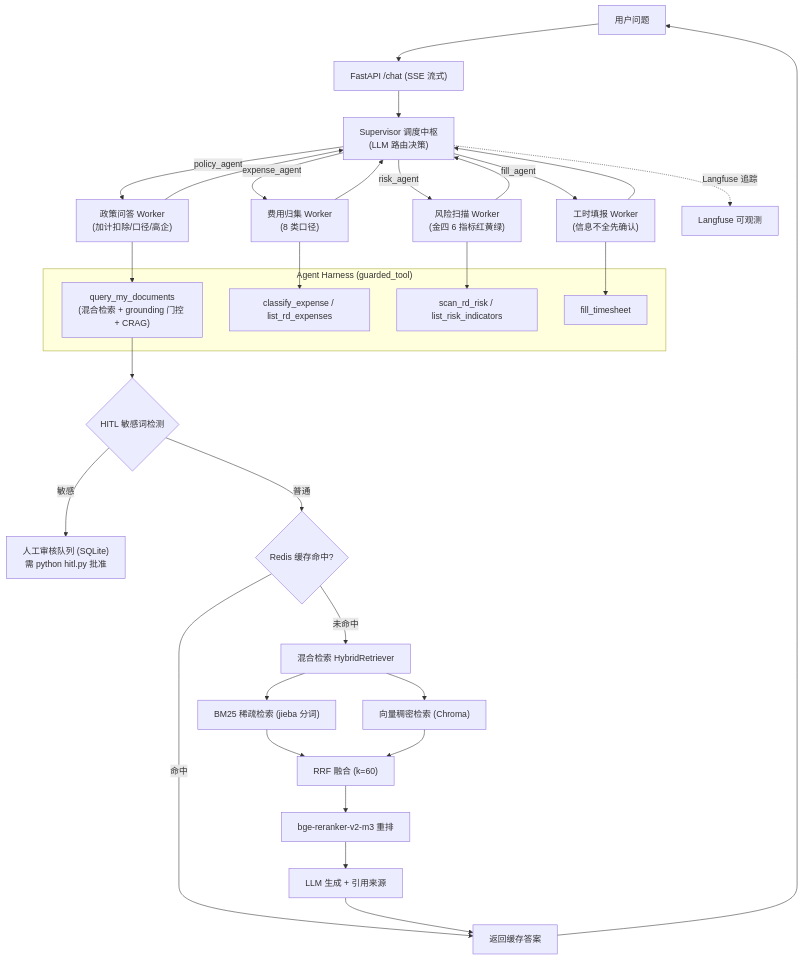
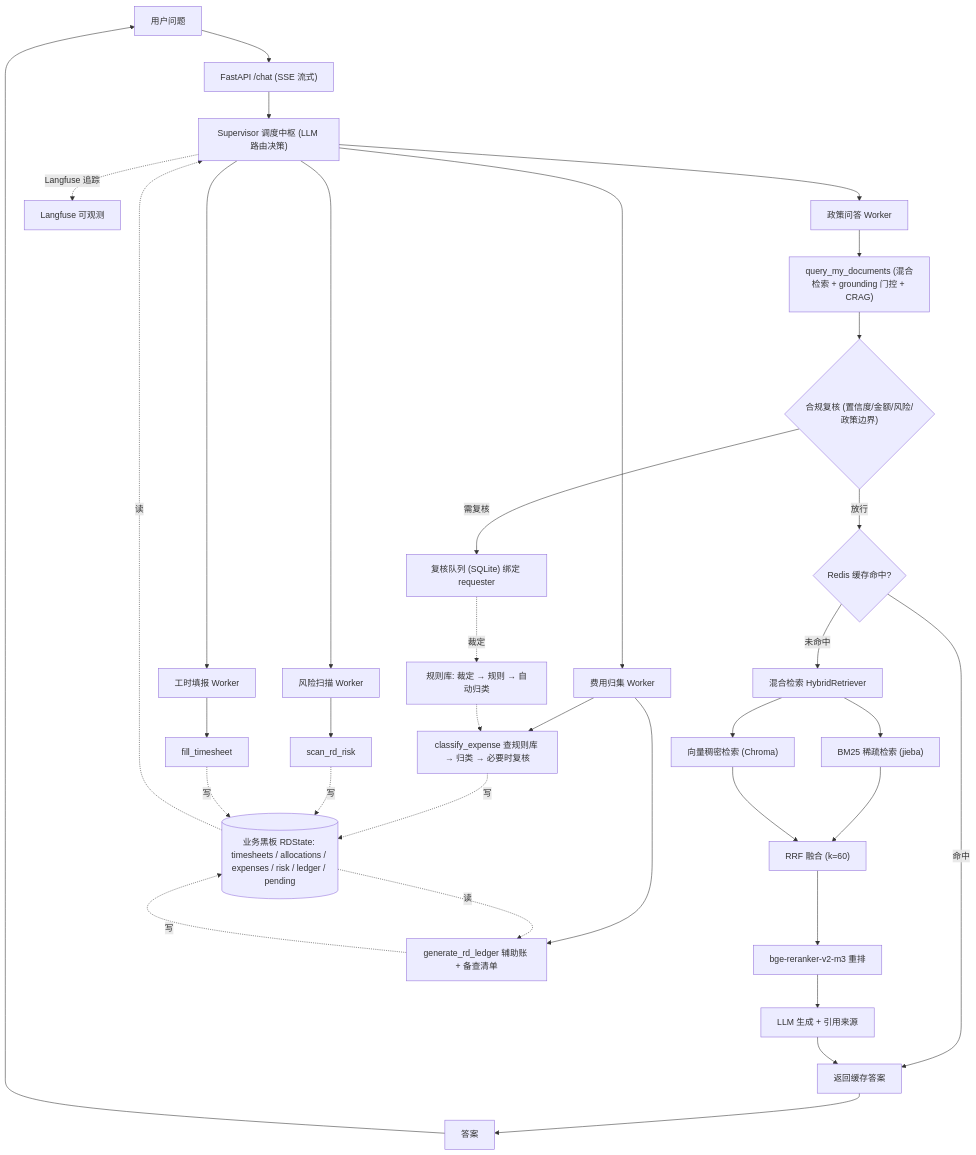
The diagram in README.md (yp1313113-gif/multi-agent-system), drawn with Mermaid before and after one commit. The commit also changed other lines of this file and 17 other files, not shown here.

First line of the commit message:
feat: 业务黑板打通多 Agent 数据链 + 合规复核 + 规则沉淀 + 辅助账交付

````diff
--- a/README.md
+++ b/README.md
@@ -64,44 +210,45 @@
 ```mermaid
 flowchart TD
     U["用户问题"] --> API["FastAPI /chat (SSE 流式)"]
-    API --> SUP["Supervisor 调度中枢<br/>(LLM 路由决策)"]
+    API --> SUP["Supervisor 调度中枢 (LLM 路由决策)"]
 
-    SUP -->|"policy_agent"| PA["政策问答 Worker<br/>(加计扣除/口径/高企)"]
-    SUP -->|"expense_agent"| EA["费用归集 Worker<br/>(8 类口径)"]
-    SUP -->|"risk_agent"| RA["风险扫描 Worker<br/>(金四 6 指标红黄绿)"]
-    SUP -->|"fill_agent"| FA["工时填报 Worker<br/>(信息不全先确认)"]
+    SUP --> PA["政策问答 Worker"]
+    SUP --> EA["费用归集 Worker"]
+    SUP --> RA["风险扫描 Worker"]
+    SUP --> FA["工时填报 Worker"]
 
-    PA --> SUP
-    EA --> SUP
-    RA --> SUP
-    FA --> SUP
-
-    PA --> RAG["query_my_documents<br/>(混合检索 + grounding 门控 + CRAG)"]
-    RAG --> HITL{"HITL 敏感词检测"}
-    HITL -->|"敏感"| APP["人工审核队列 (SQLite)<br/>需 python hitl.py 批准"]
-    HITL -->|"普通"| CACHE{"Redis 缓存命中?"}
+    PA --> RAG["query_my_documents (混合检索 + grounding 门控 + CRAG)"]
+    RAG --> HITL{"合规复核 (置信度/金额/风险/政策边界)"}
+    HITL -->|"需复核"| APP["复核队列 (SQLite) 绑定 requester"]
+    HITL -->|"放行"| CACHE{"Redis 缓存命中?"}
     CACHE -->|"命中"| ANS["返回缓存答案"]
     CACHE -->|"未命中"| HY["混合检索 HybridRetriever"]
 
-    HY --> BM25["BM25 稀疏检索 (jieba 分词)"]
+    HY --> BM25["BM25 稀疏检索 (jieba)"]
     HY --> VEC["向量稠密检索 (Chroma)"]
     BM25 --> RRF["RRF 融合 (k=60)"]
     VEC --> RRF
     RRF --> RR["bge-reranker-v2-m3 重排"]
     RR --> GEN["LLM 生成 + 引用来源"]
     GEN --> ANS
 
-    EA --> EXP["classify_expense / list_rd_expenses"]
-    RA --> RSK["scan_rd_risk / list_risk_indicators"]
+    EA --> EXP["classify_expense 查规则库 → 归类 → 必要时复核"]
+    RA --> RSK["scan_rd_risk"]
     FA --> FILL["fill_timesheet"]
+    EA --> LED["generate_rd_ledger 辅助账 + 备查清单"]
 
-    subgraph Harness["Agent Harness (guarded_tool)"]
-        EXP
-        RSK
-        FILL
-        RAG
-    end
+    EXP -.写.-> BB[("业务黑板 RDState: timesheets / allocations / expenses / risk / ledger / pending")]
+    RSK -.写.-> BB
+    FILL -.写.-> BB
+    LED -.写.-> BB
+    BB -.读.-> SUP
+    BB -.读.-> LED
 
-    ANS --> U
+    RULES["规则库: 裁定 → 规则 → 自动归类"] -.-> EXP
+    APP -.裁定.-> RULES
+
+    ans2["答案"] --> U
+    ANS --> ans2
+
     SUP -.->|"Langfuse 追踪"| LF["Langfuse 可观测"]
 ```
````
